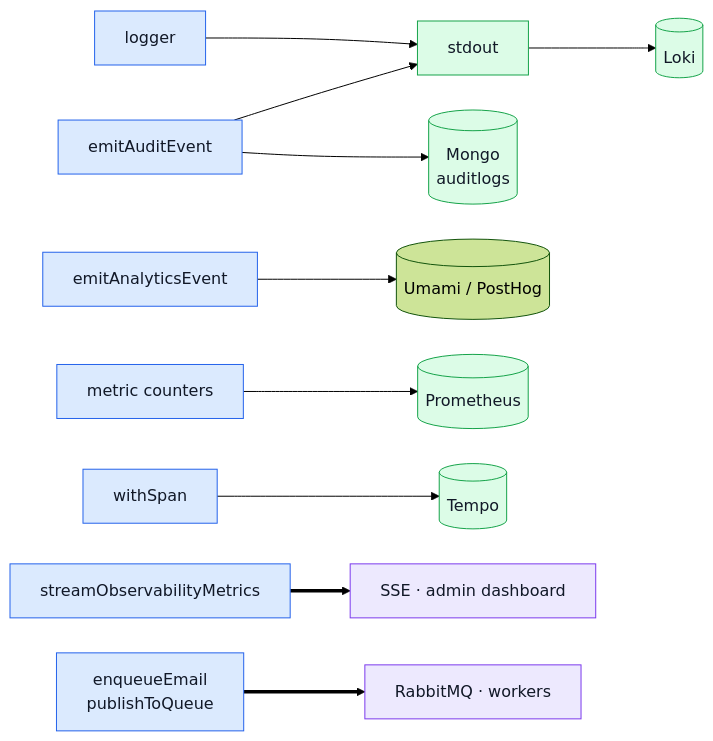
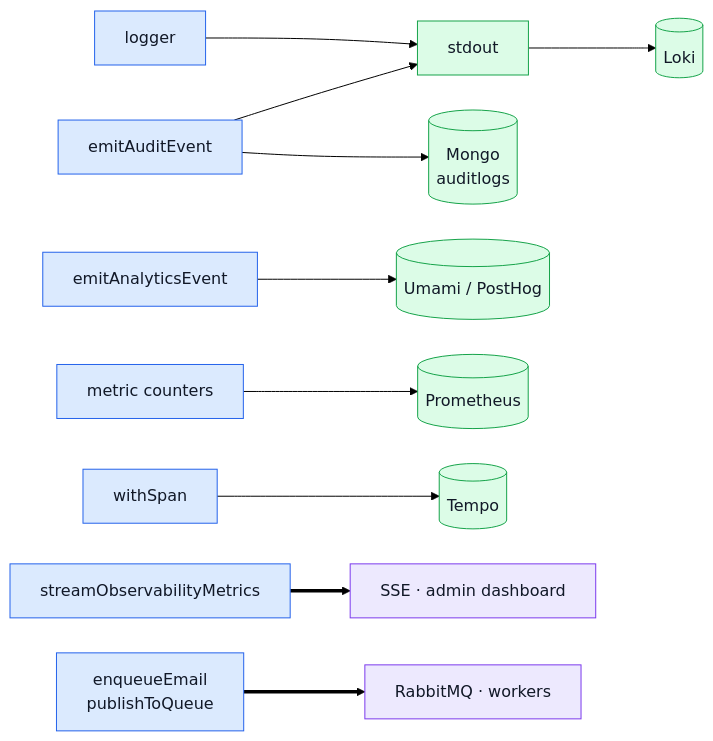
The diagram in docs/tools/events-and-logging.md (Guebbit/boilerplate-node-backend), drawn with Mermaid (forest theme) before and after one commit. The commit also changed 32 other files, not shown here.

````diff
--- a/docs/tools/events-and-logging.md
+++ b/docs/tools/events-and-logging.md
@@ -12,22 +12,22 @@
 ```mermaid
 %%{init: {'flowchart': {'nodeSpacing': 35, 'rankSpacing': 60}}}%%
 flowchart LR
     LOG["logger"] --> STDOUT["stdout"]
     AUDIT["emitAuditEvent"] --> STDOUT
     AUDIT --> MONGO[("Mongo<br/>auditlogs")]
     STDOUT --> LOKI[("Loki")]
 
     ANALYTICS["emitAnalyticsEvent"] --> SINK[("Umami / PostHog")]
     METRICS["metric counters"] --> PROM[("Prometheus")]
     TRACES["withSpan"] --> TEMPO[("Tempo")]
 
     STREAM["streamObservabilityMetrics"] ==> SSE["SSE · admin dashboard"]
     QUEUE["enqueueEmail<br/>publishToQueue"] ==> RMQ["RabbitMQ · workers"]
 
     classDef sig fill:#dbeafe,stroke:#2563eb,color:#111827;
     classDef sink fill:#dcfce7,stroke:#16a34a,color:#111827;
     classDef cross fill:#ede9fe,stroke:#7c3aed,color:#111827;
     class LOG,AUDIT,ANALYTICS,METRICS,TRACES,STREAM,QUEUE sig;
-    class STDOUT,LOKI,MONGO,POSTHOG,PROM,TEMPO sink;
+    class STDOUT,LOKI,MONGO,SINK,PROM,TEMPO sink;
     class SSE,RMQ cross;
 ```
````
